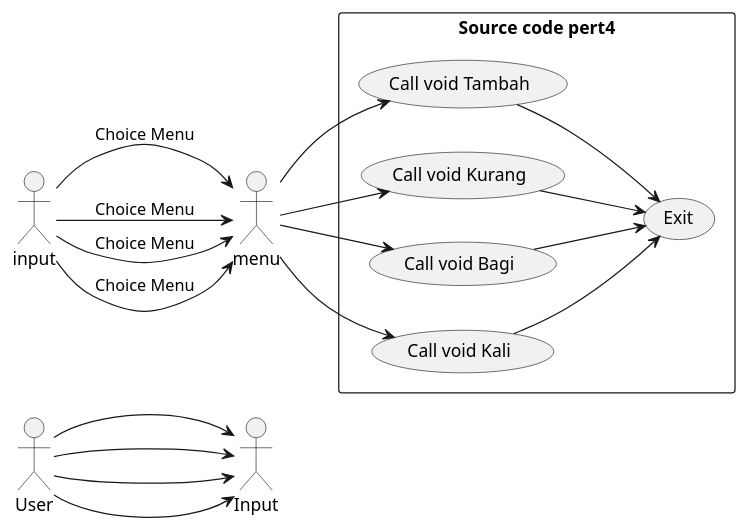
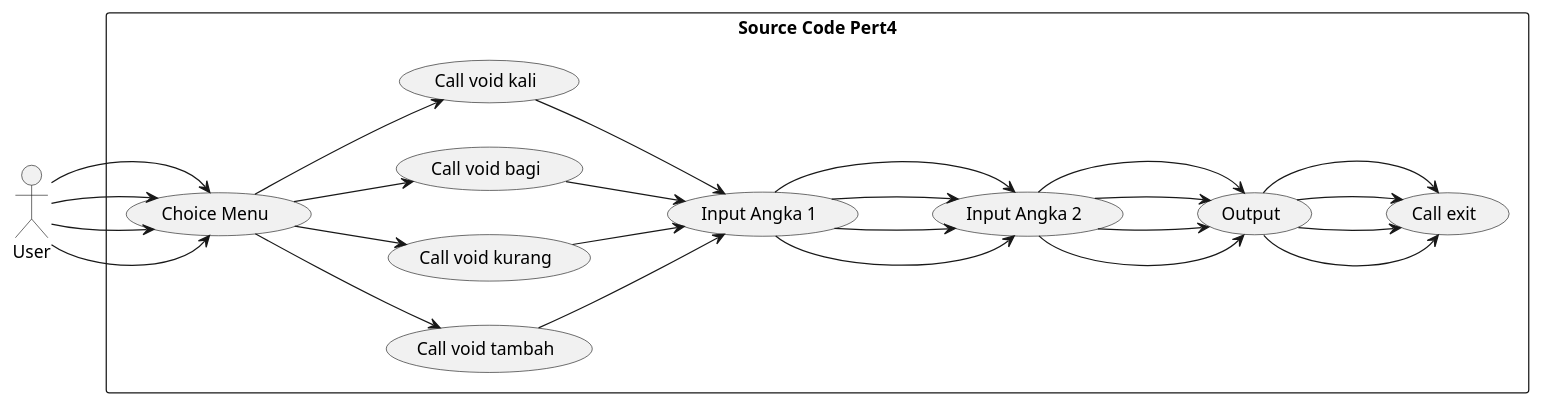
Before and after one commit to itszze/bhs_pemrograman: the diagram in pert5/pert5Susecase.puml, drawn with PlantUML. The commit also changed 25 other files, not shown here.

```diff
--- a/pert5/pert5Susecase.puml
+++ b/pert5/pert5Susecase.puml
@@ -1,35 +1,45 @@
-@startuml pert5
+@startuml Pert5
+    left to right direction
 
-left to right direction
+    actor User as "User"
 
-actor User as "User"
+    rectangle "Source Code Pert4" {
+        usecase "Input Angka 1" as input
+        usecase "Input Angka 2" as input2
+        usecase "Choice Menu" as menu
+        usecase "Call void tambah" as tambah
+        usecase "Call void kurang" as kurang
+        usecase "Call void bagi" as bagi
+        usecase "Call void kali" as kali
+        usecase "Output" as output
+        usecase "Call exit" as keluar
+    }
 
-rectangle "Source code pert4" {
-    usecase "Call void Tambah" as tambah
-    usecase "Call void Kurang" as kurang
-    usecase "Call void Bagi" as bagi
-    usecase "Call void Kali" as kali
-    usecase "Exit" as exit
-    } 
+    User --> menu
+    menu --> tambah
+    tambah --> input
+    input --> input2
+    input2 --> output
+    output --> keluar
 
-    User --> Input  
-    input --> menu : Choice Menu
-    menu --> tambah
-    tambah --> exit
+    User --> menu
+    menu --> kurang
+    kurang --> input
+    input --> input2
+    input2 --> output
+    output --> keluar
 
-    User --> Input  
-    input --> menu : Choice Menu
-    menu --> kurang
-    kurang --> exit
+    User --> menu
+    menu --> bagi
+    bagi --> input
+    input --> input2
+    input2 --> output
+    output --> keluar
 
-    User --> Input  
-    input --> menu : Choice Menu
+    User --> menu
     menu --> kali
-    kali --> exit
-
-    User --> Input  
-    input --> menu : Choice Menu
-    menu --> bagi
-    bagi --> exit
-
-    @enduml
+    kali --> input
+    input --> input2
+    input2 --> output
+    output --> keluar
+@enduml
```
